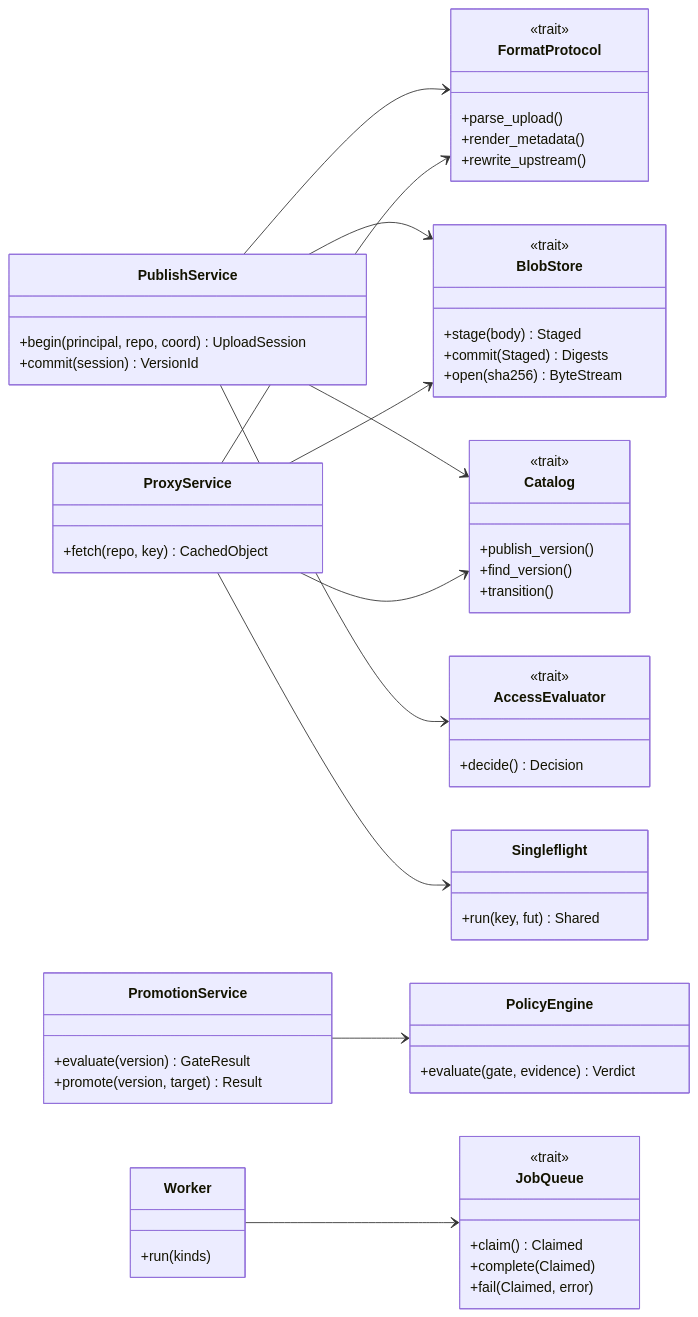
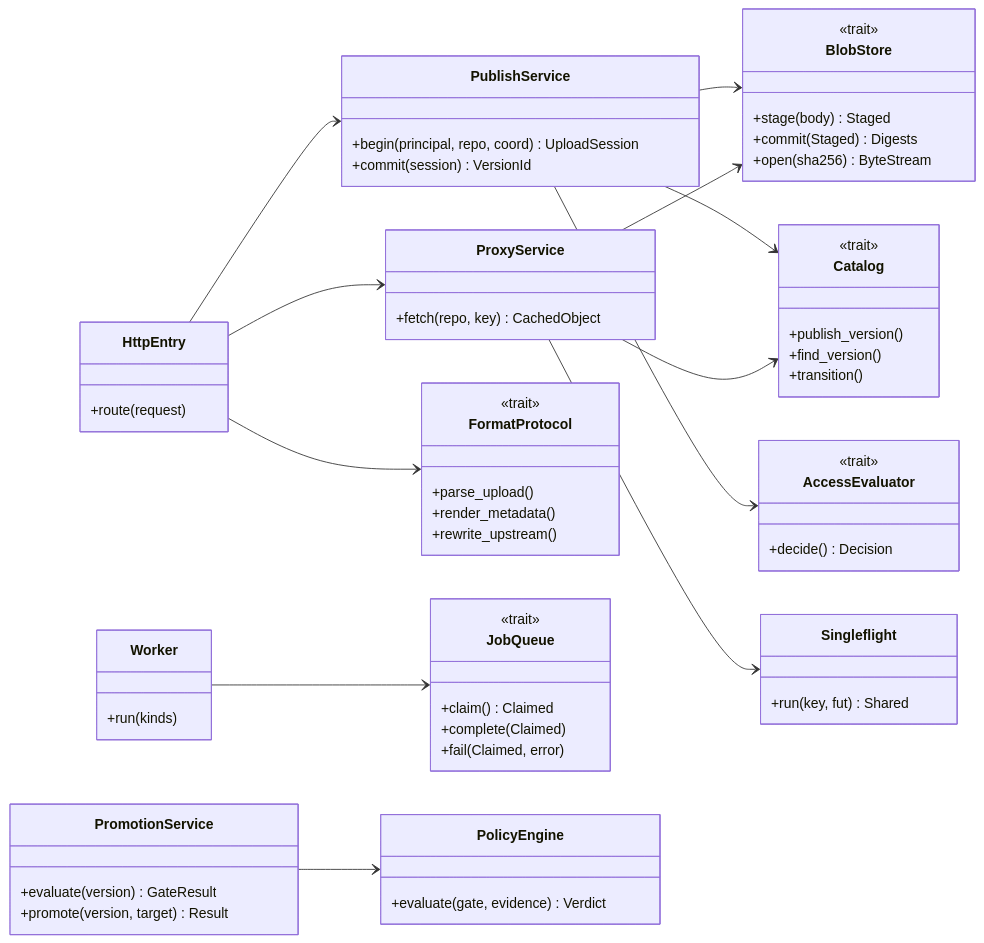
Before and after one commit to izevg/CRANE: the diagram in docs/product/08-c4-l4-code.md, drawn with Mermaid. The commit also changed other lines of this file and 5 other files, not shown here.

````diff
--- a/docs/product/08-c4-l4-code.md
+++ b/docs/product/08-c4-l4-code.md
@@ -161,62 +169,66 @@
 ```mermaid
 classDiagram
   direction LR
+  class HttpEntry {
+    +route(request)
+  }
   class PublishService {
     +begin(principal, repo, coord) UploadSession
     +commit(session) VersionId
   }
   class ProxyService {
     +fetch(repo, key) CachedObject
   }
   class PromotionService {
     +evaluate(version) GateResult
     +promote(version, target) Result
   }
   class FormatProtocol {
     <<trait>>
     +parse_upload()
     +render_metadata()
     +rewrite_upstream()
   }
   class BlobStore {
     <<trait>>
     +stage(body) Staged
     +commit(Staged) Digests
     +open(sha256) ByteStream
   }
   class Catalog {
     <<trait>>
     +publish_version()
     +find_version()
     +transition()
   }
   class AccessEvaluator {
     <<trait>>
     +decide() Decision
   }
   class JobQueue {
     <<trait>>
     +claim() Claimed
     +complete(Claimed)
     +fail(Claimed, error)
   }
   class Worker {
     +run(kinds)
   }
   class Singleflight {
     +run(key, fut) Shared
   }
   class PolicyEngine {
     +evaluate(gate, evidence) Verdict
   }
-  PublishService --> FormatProtocol
+  HttpEntry --> FormatProtocol
+  HttpEntry --> PublishService
+  HttpEntry --> ProxyService
   PublishService --> BlobStore
   PublishService --> Catalog
   PublishService --> AccessEvaluator
-  ProxyService --> FormatProtocol
   ProxyService --> BlobStore
   ProxyService --> Catalog
   ProxyService --> Singleflight
   PromotionService --> PolicyEngine
   Worker --> JobQueue
 ```
````
